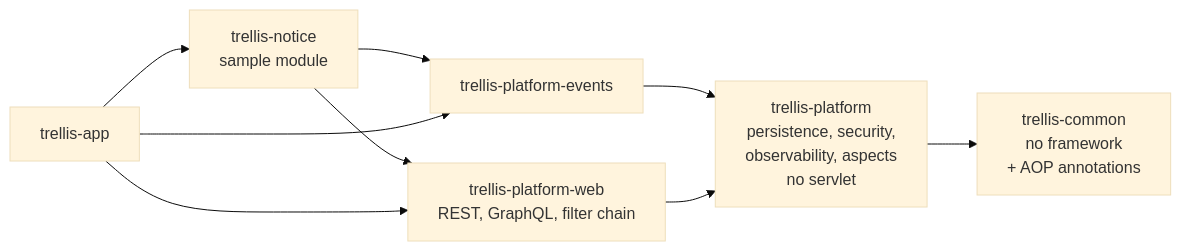
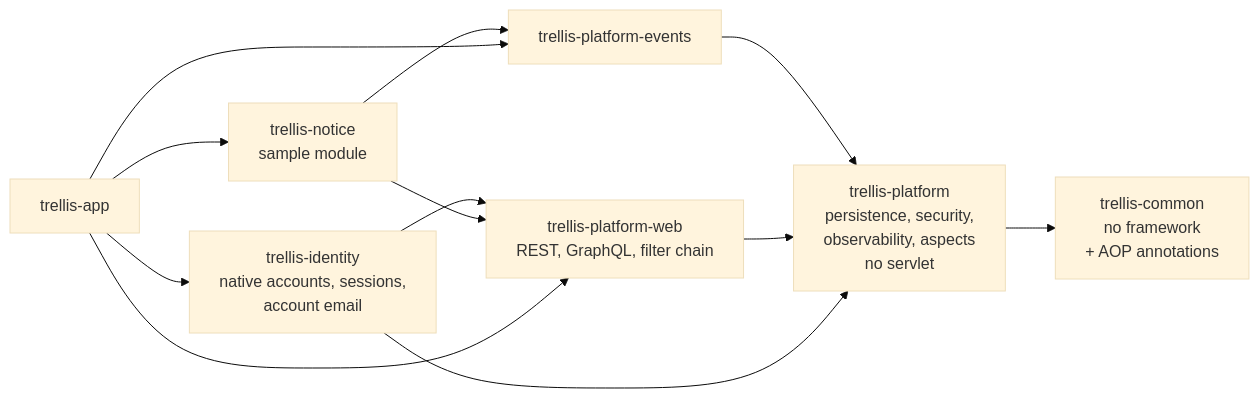
Before and after one commit to tama-nguyen/trellis-backend: the first of 3 diagrams in docs/architecture/backend.md, drawn with Mermaid (base theme). The commit also changed other lines of this file and 10 other files, not shown here.

````diff
--- a/docs/architecture/backend.md
+++ b/docs/architecture/backend.md
@@ -11,14 +11,16 @@
 ```mermaid
 flowchart LR
   common[trellis-common<br/>no framework<br/>+ AOP annotations]
   platform[trellis-platform<br/>persistence, security,<br/>observability, aspects<br/>no servlet]
   events[trellis-platform-events]
   web[trellis-platform-web<br/>REST, GraphQL, filter chain]
+  identity[trellis-identity<br/>native accounts, sessions,<br/>account email]
   notice[trellis-notice<br/>sample module]
   app[trellis-app]
   platform --> common
   events --> platform
   web --> platform
+  identity --> web & platform
   notice --> events & web
-  app --> web & events & notice
+  app --> web & events & identity & notice
 ```
````
